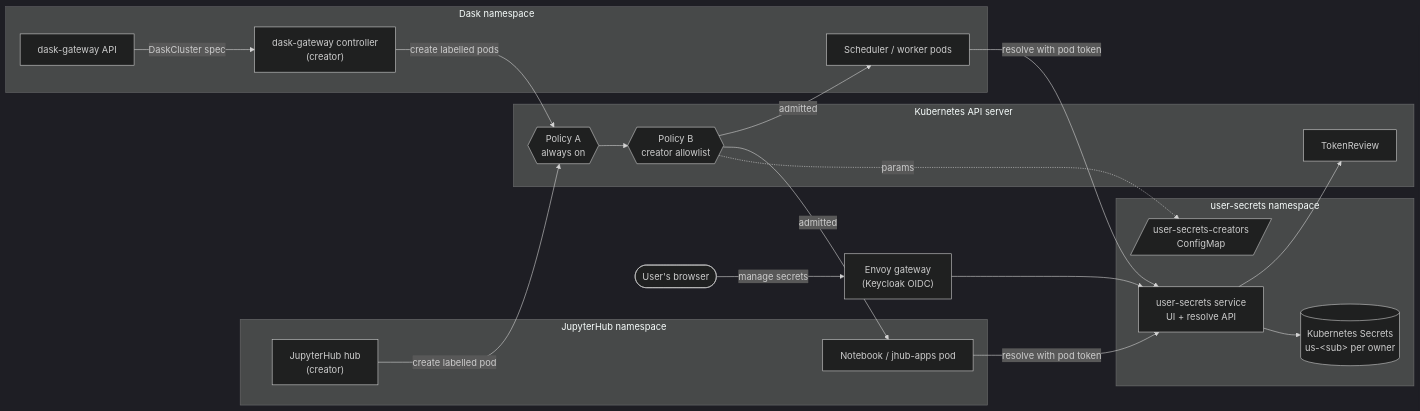
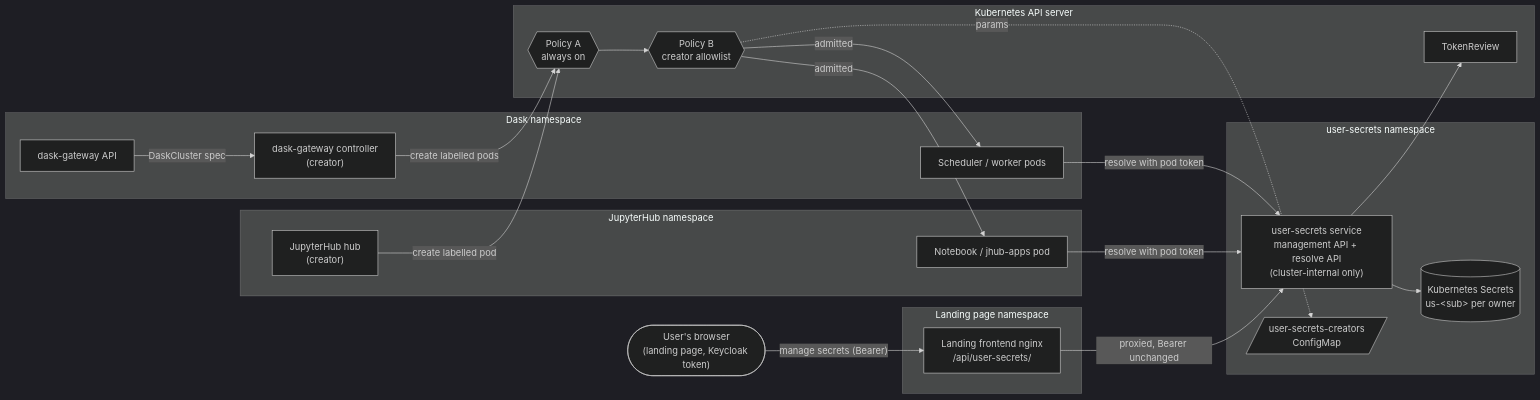
Before and after one commit to nebari-dev/nebari-user-secrets: the first of 7 diagrams in docs/design/user-secrets.md, drawn with Mermaid (dark theme). The commit also changed other lines of this file and 1 other file, not shown here.

````diff
--- a/docs/design/user-secrets.md
+++ b/docs/design/user-secrets.md
@@ -50,37 +52,40 @@
 ```mermaid
 flowchart LR
-    user(["User's browser"])
-    gw["Envoy gateway<br/>(Keycloak OIDC)"]
+    user(["User's browser<br/>(landing page, Keycloak token)"])
+    subgraph landns["Landing page namespace"]
+        nginx["Landing frontend nginx<br/>/api/user-secrets/"]
+    end
     subgraph svcns["user-secrets namespace"]
-        svc["user-secrets service<br/>UI + resolve API"]
+        svc["user-secrets service<br/>management API + resolve API<br/>(cluster-internal only)"]
         store[("Kubernetes Secrets<br/>us-&lt;sub&gt; per owner")]
         cm[/"user-secrets-creators<br/>ConfigMap"/]
     end
     subgraph api["Kubernetes API server"]
         polA{{"Policy A<br/>always on"}}
         polB{{"Policy B<br/>creator allowlist"}}
         tr["TokenReview"]
     end
     subgraph hubns["JupyterHub namespace"]
         hub["JupyterHub hub<br/>(creator)"]
         nb["Notebook / jhub-apps pod"]
     end
     subgraph daskns["Dask namespace"]
         dgapi["dask-gateway API"]
         dgctl["dask-gateway controller<br/>(creator)"]
         dw["Scheduler / worker pods"]
     end
 
-    user -->|"manage secrets"| gw --> svc
+    user -->|"manage secrets (Bearer)"| nginx
+    nginx -->|"proxied, Bearer unchanged"| svc
     svc --> store
     hub -->|"create labelled pod"| polA
     dgapi -->|"DaskCluster spec"| dgctl
     dgctl -->|"create labelled pods"| polA
     polA --> polB
     polB -. "params" .-> cm
     polB -->|"admitted"| nb
     polB -->|"admitted"| dw
     nb -->|"resolve with pod token"| svc
     dw -->|"resolve with pod token"| svc
     svc --> tr
 ```
````
